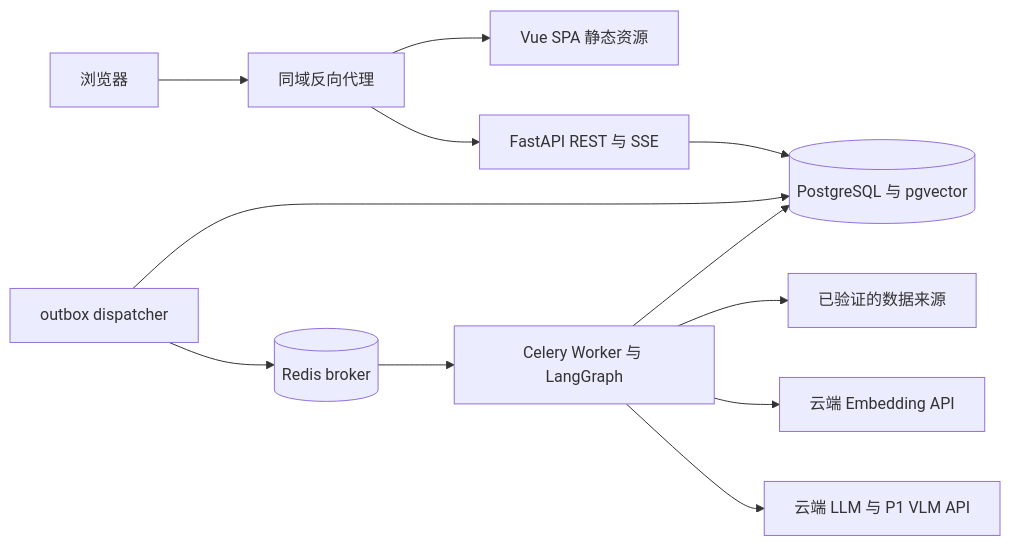
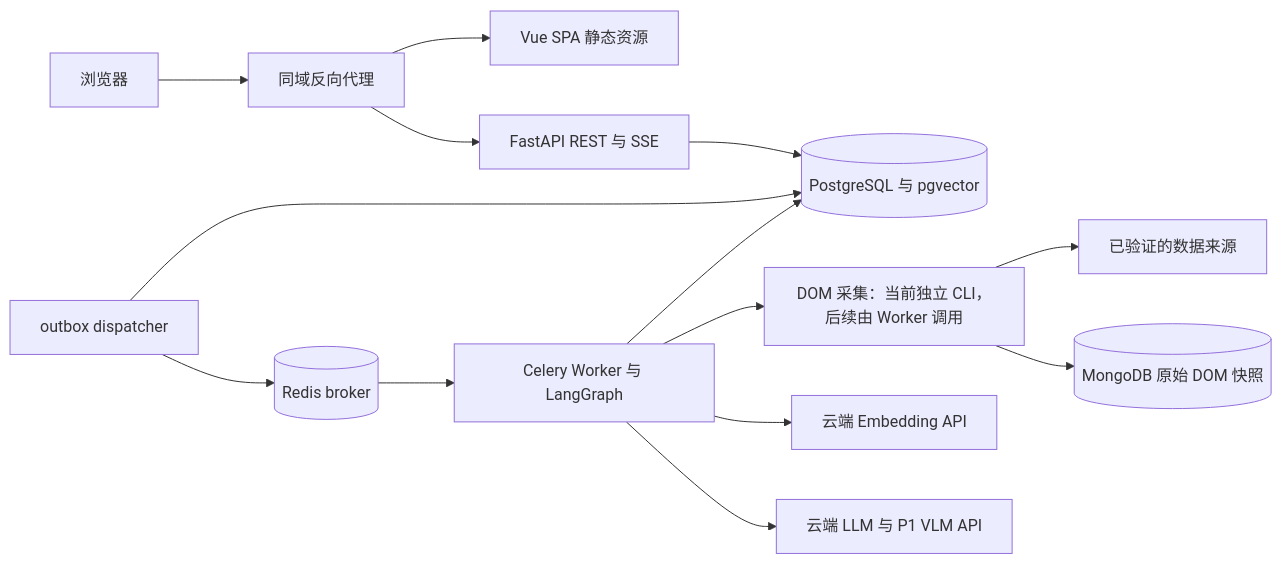
The diagram in docs/architecture.md (AlkaidSTART/ai-plus), drawn with Mermaid before and after one commit. The commit also changed other lines of this file and 2 other files, not shown here.

Commit message:
feat: 更新 PRD、README 和架构文档，反映独立单 URL DOM 爬虫与 MongoDB 集成状态

````diff
--- a/docs/architecture.md
+++ b/docs/architecture.md
@@ -126,14 +127,16 @@
 ```mermaid
 flowchart LR
     Browser[浏览器] --> Proxy[同域反向代理]
     Proxy --> Web[Vue SPA 静态资源]
     Proxy --> API[FastAPI REST 与 SSE]
     API --> DB[(PostgreSQL 与 pgvector)]
     Dispatcher[outbox dispatcher] --> DB
     Dispatcher --> Redis[(Redis broker)]
     Redis --> Worker[Celery Worker 与 LangGraph]
     Worker --> DB
-    Worker --> Data[已验证的数据来源]
+    Worker --> Crawler[DOM 采集：当前独立 CLI，后续由 Worker 调用]
+    Crawler --> Data[已验证的数据来源]
+    Crawler --> Mongo[(MongoDB 原始 DOM 快照)]
     Worker --> Embed[云端 Embedding API]
     Worker --> AI[云端 LLM 与 P1 VLM API]
 ```
````
